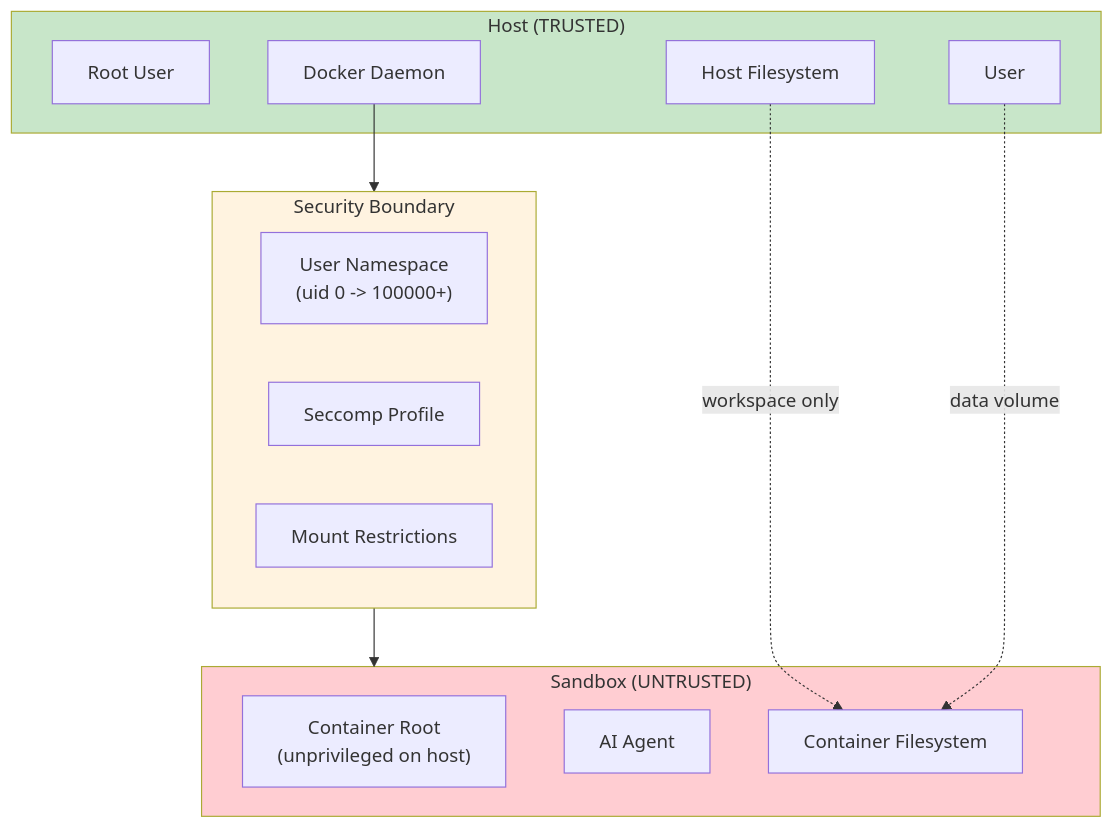
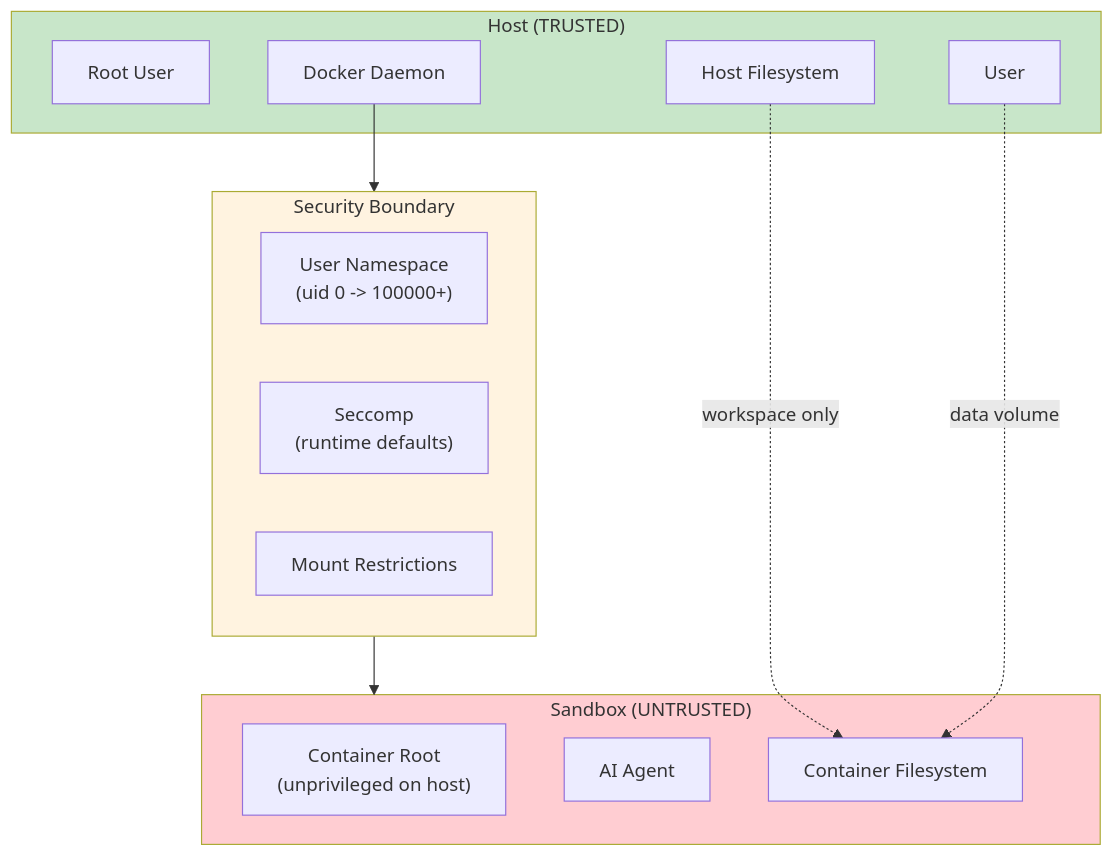
Before and after one commit to novotnyllc/ContainAI: the eighth of 8 diagrams in docs/architecture.md, drawn with Mermaid. The commit also changed other lines of this file, not shown here.

First line of the commit message:
docs(architecture): address second round of review feedback

````diff
--- a/docs/architecture.md
+++ b/docs/architecture.md
@@ -324,32 +328,32 @@
 ```mermaid
 flowchart TB
     subgraph Host["Host (TRUSTED)"]
         HostRoot["Root User"]
         HostUser["User"]
         HostDocker["Docker Daemon"]
         HostFS["Host Filesystem"]
     end
 
     subgraph Boundary["Security Boundary"]
         direction LR
         Userns["User Namespace<br/>(uid 0 -> 100000+)"]
-        Seccomp["Seccomp Profile"]
+        Seccomp["Seccomp<br/>(runtime defaults)"]
         Mounts["Mount Restrictions"]
     end
 
     subgraph Sandbox["Sandbox (UNTRUSTED)"]
         SandboxRoot["Container Root<br/>(unprivileged on host)"]
         Agent["AI Agent"]
         SandboxFS["Container Filesystem"]
     end
 
     HostDocker --> Boundary
     Boundary --> Sandbox
 
     HostFS -.->|"workspace only"| SandboxFS
     HostUser -.->|"data volume"| SandboxFS
 
     style Host fill:#c8e6c9
     style Boundary fill:#fff3e0
     style Sandbox fill:#ffcdd2
 ```
````
